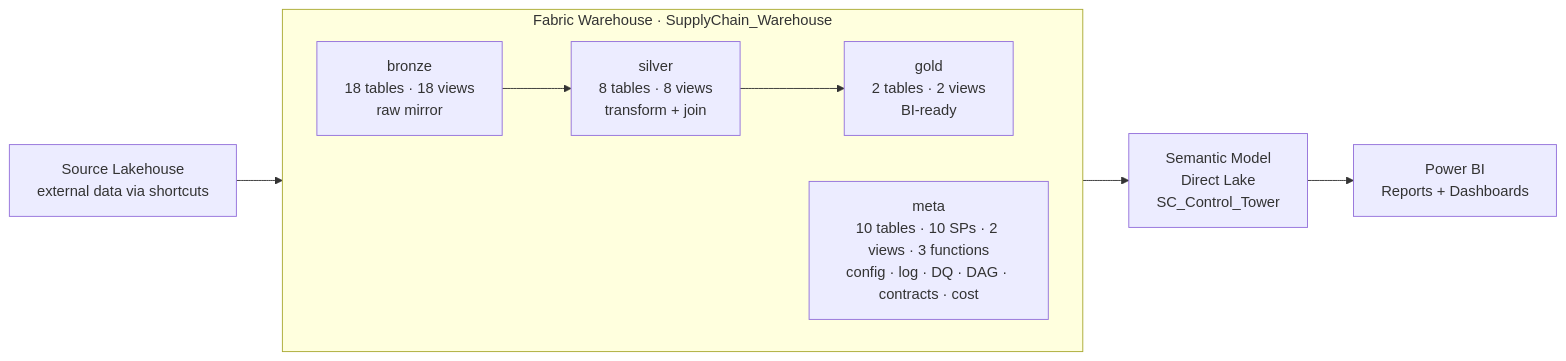
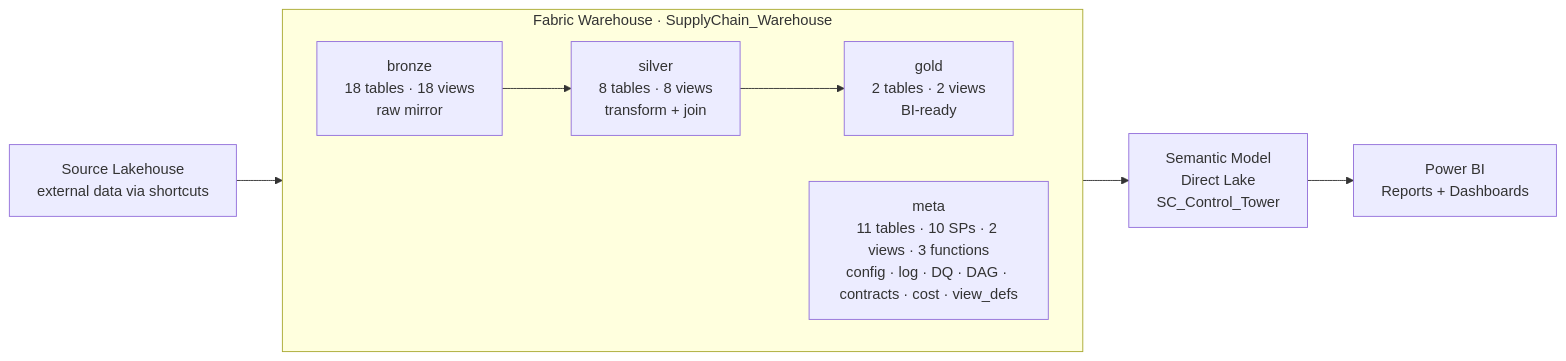
One commit to ankinguyen-engineer-2002/Fabric-v9-Warehouse-Medallion changed the first of 11 diagrams in README.md. Above: the diagram before and after it, drawn with Mermaid. The commit also changed other lines of this file and 2 other files, not shown here.

First line of the commit message:
Update all docs: add meta.view_definitions table, fix object counts

````diff
--- a/README.md
+++ b/README.md
@@ -39,17 +39,17 @@
 ```mermaid
 flowchart LR
     SRC["Source Lakehouse\nexternal data via shortcuts"]
 
     subgraph WH["Fabric Warehouse · SupplyChain_Warehouse"]
         direction LR
         B["bronze\n18 tables · 18 views\nraw mirror"]
         S["silver\n8 tables · 8 views\ntransform + join"]
         G["gold\n2 tables · 2 views\nBI-ready"]
-        M["meta\n10 tables · 10 SPs · 2 views · 3 functions\nconfig · log · DQ · DAG · contracts · cost"]
+        M["meta\n11 tables · 10 SPs · 2 views · 3 functions\nconfig · log · DQ · DAG · contracts · cost · view_defs"]
         B --> S --> G
     end
 
     SRC --> B
     G --> SM["Semantic Model\nDirect Lake\nSC_Control_Tower"]
     SM --> PBI["Power BI\nReports + Dashboards"]
 ```
````
